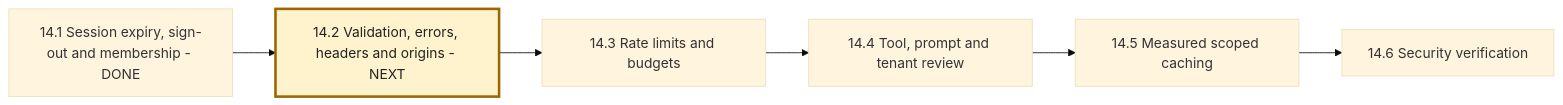
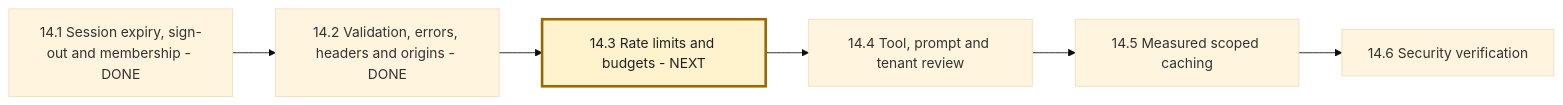
Before and after one commit to msdian0007/nexaAi: the sixth of 6 diagrams in NEXAAI_ROADMAP.md, drawn with Mermaid (base theme). The commit also changed other lines of this file and 34 other files, not shown here.

Commit message:
API inputs, uploads, safe errors and allowed origins

````diff
--- a/NEXAAI_ROADMAP.md
+++ b/NEXAAI_ROADMAP.md
@@ -370,9 +371,9 @@
 ```mermaid
 flowchart LR
-    A[14.1 Session expiry, sign-out and membership - DONE] --> B[14.2 Validation, errors, headers and origins - NEXT]
-    B --> C[14.3 Rate limits and budgets]
+    A[14.1 Session expiry, sign-out and membership - DONE] --> B[14.2 Validation, errors, headers and origins - DONE]
+    B --> C[14.3 Rate limits and budgets - NEXT]
     C --> D[14.4 Tool, prompt and tenant review]
     D --> E[14.5 Measured scoped caching]
     E --> F[14.6 Security verification]
-    style B fill:#fff3cd,stroke:#9a6700,stroke-width:3px,color:#222
+    style C fill:#fff3cd,stroke:#9a6700,stroke-width:3px,color:#222
 ```
````
